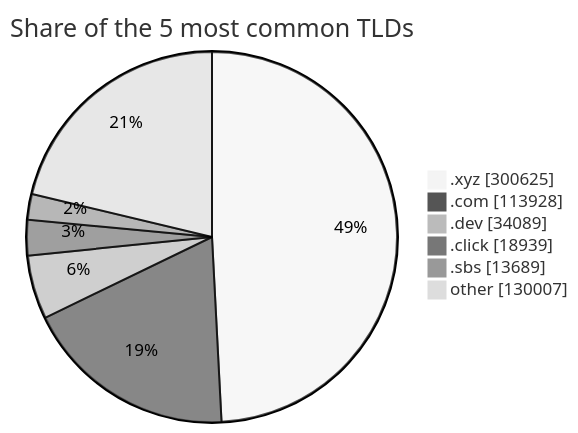
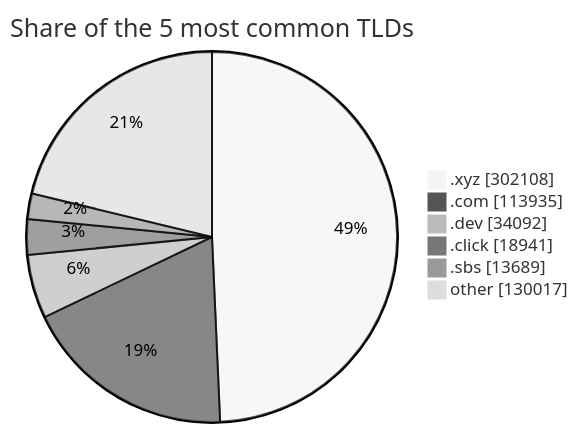
Before and after one commit to DNSBunker/CTI: the third of 3 diagrams in README.md, drawn with Mermaid (neutral theme). The commit also changed other lines of this file and 3 other files, not shown here.

````diff
--- a/README.md
+++ b/README.md
@@ -81,9 +81,9 @@
 ```mermaid
 pie showData title Share of the 5 most common TLDs
-    ".xyz" : 300625
-    ".com" : 113928
-    ".dev" : 34089
-    ".click" : 18939
+    ".xyz" : 302108
+    ".com" : 113935
+    ".dev" : 34092
+    ".click" : 18941
     ".sbs" : 13689
-    "other" : 130007
+    "other" : 130017
 ```
````
